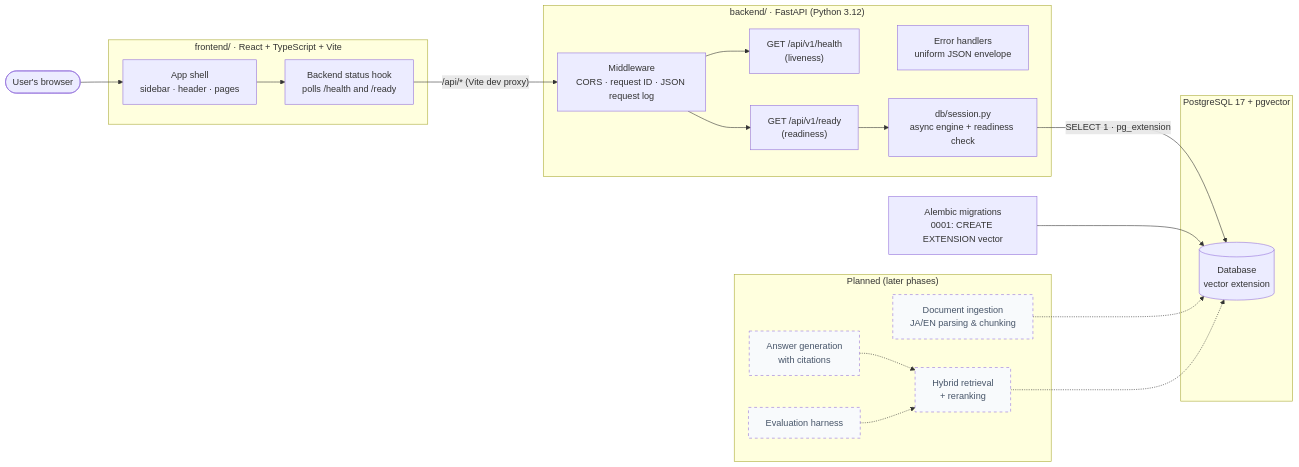
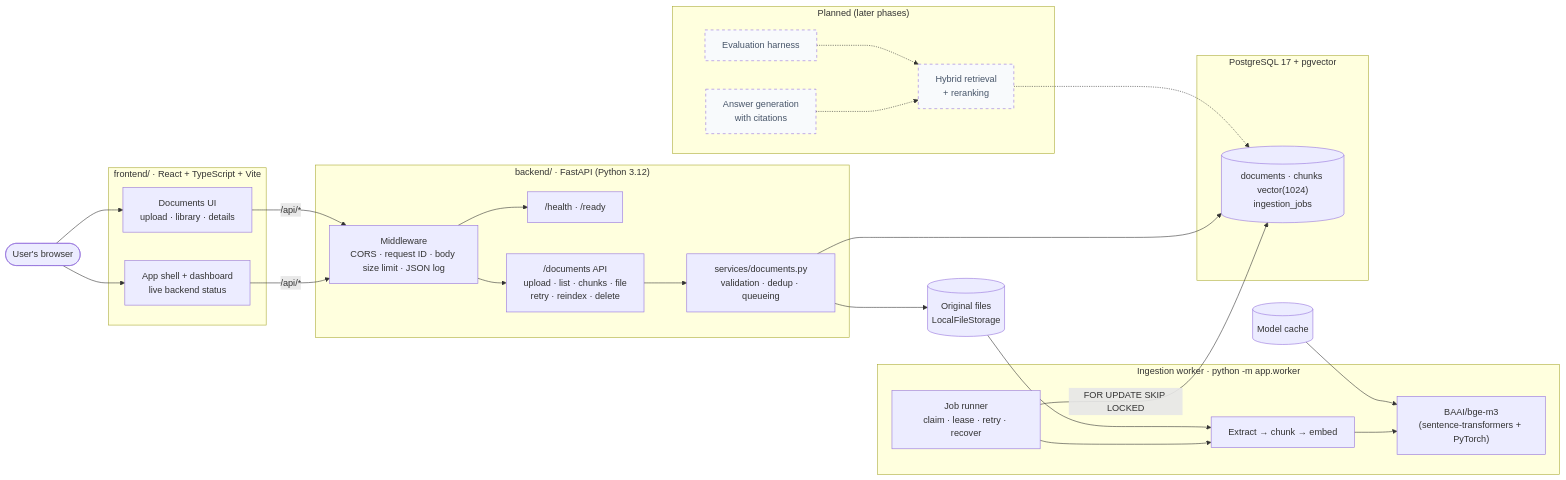
The first of 2 diagrams in docs/architecture.md (Yash01Negi/docs-rag-platform), drawn with Mermaid before and after one commit. The commit also changed other lines of this file and 6 other files, not shown here.

First line of the commit message:
Document the Phase 2 ingestion pipeline

````diff
--- a/docs/architecture.md
+++ b/docs/architecture.md
@@ -8,47 +9,54 @@
 ```mermaid
 flowchart LR
     user([User's browser])
 
     subgraph frontend["frontend/ · React + TypeScript + Vite"]
-        shell["App shell<br/>sidebar · header · pages"]
-        status["Backend status hook<br/>polls /health and /ready"]
+        shell["App shell + dashboard<br/>live backend status"]
+        docsui["Documents UI<br/>upload · library · details"]
     end
 
     subgraph backend["backend/ · FastAPI (Python 3.12)"]
-        mw["Middleware<br/>CORS · request ID · JSON request log"]
-        health["GET /api/v1/health<br/>(liveness)"]
-        ready["GET /api/v1/ready<br/>(readiness)"]
-        errors["Error handlers<br/>uniform JSON envelope"]
-        dbmod["db/session.py<br/>async engine + readiness check"]
+        mw["Middleware<br/>CORS · request ID · body size limit · JSON log"]
+        health["/health · /ready"]
+        docsapi["/documents API<br/>upload · list · chunks · file<br/>retry · reindex · delete"]
+        svc["services/documents.py<br/>validation · dedup · queueing"]
+    end
+
+    subgraph workerp["Ingestion worker · python -m app.worker"]
+        runner["Job runner<br/>claim · lease · retry · recover"]
+        pipe["Extract → chunk → embed"]
+        model["BAAI/bge-m3<br/>(sentence-transformers + PyTorch)"]
     end
 
     subgraph data["PostgreSQL 17 + pgvector"]
-        pg[("Database<br/>vector extension")]
+        pg[("documents · chunks vector(1024)<br/>ingestion_jobs")]
     end
 
-    migrate["Alembic migrations<br/>0001: CREATE EXTENSION vector"]
+    files[("Original files<br/>LocalFileStorage")]
+    cache[("Model cache")]
 
     subgraph later["Planned (later phases)"]
-        ingest["Document ingestion<br/>JA/EN parsing & chunking"]
         retrieval["Hybrid retrieval<br/>+ reranking"]
         answer["Answer generation<br/>with citations"]
         evaluation["Evaluation harness"]
     end
 
     user --> shell
-    shell --> status
-    status -- "/api/* (Vite dev proxy)" --> mw
-    mw --> health
-    mw --> ready
-    ready --> dbmod
-    dbmod -- "SELECT 1 · pg_extension" --> pg
-    migrate --> pg
+    user --> docsui
+    shell & docsui -- "/api/*" --> mw
+    mw --> health & docsapi
+    docsapi --> svc
+    svc --> pg
+    svc --> files
+    runner -- "FOR UPDATE SKIP LOCKED" --> pg
+    runner --> pipe --> model
+    files --> pipe
+    cache --> model
 
-    ingest -.-> pg
     retrieval -.-> pg
     answer -.-> retrieval
     evaluation -.-> retrieval
 
     classDef planned stroke-dasharray: 5 5,fill:#f8fafc,color:#475569;
-    class ingest,retrieval,answer,evaluation planned;
+    class retrieval,answer,evaluation planned;
 ```
````
